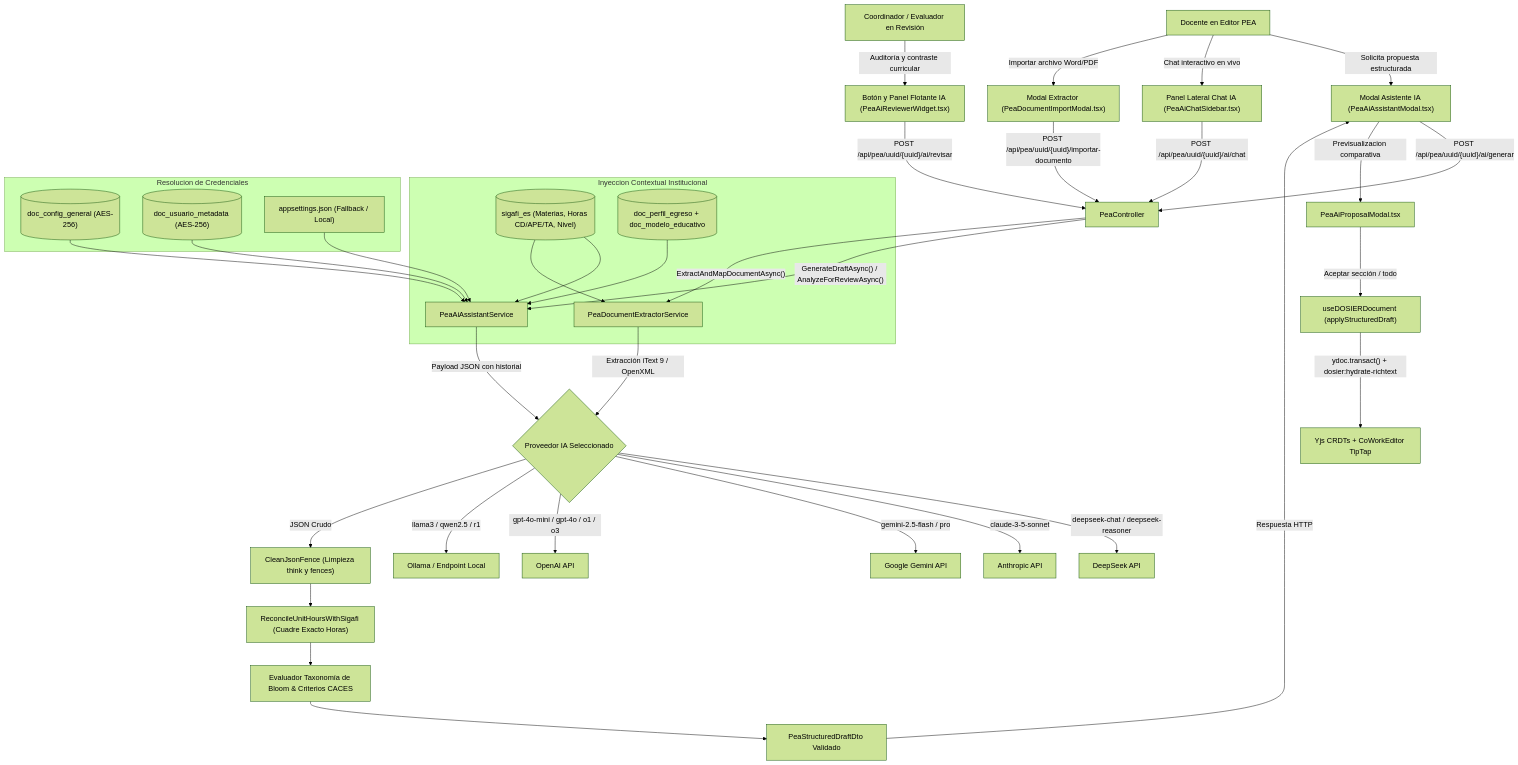
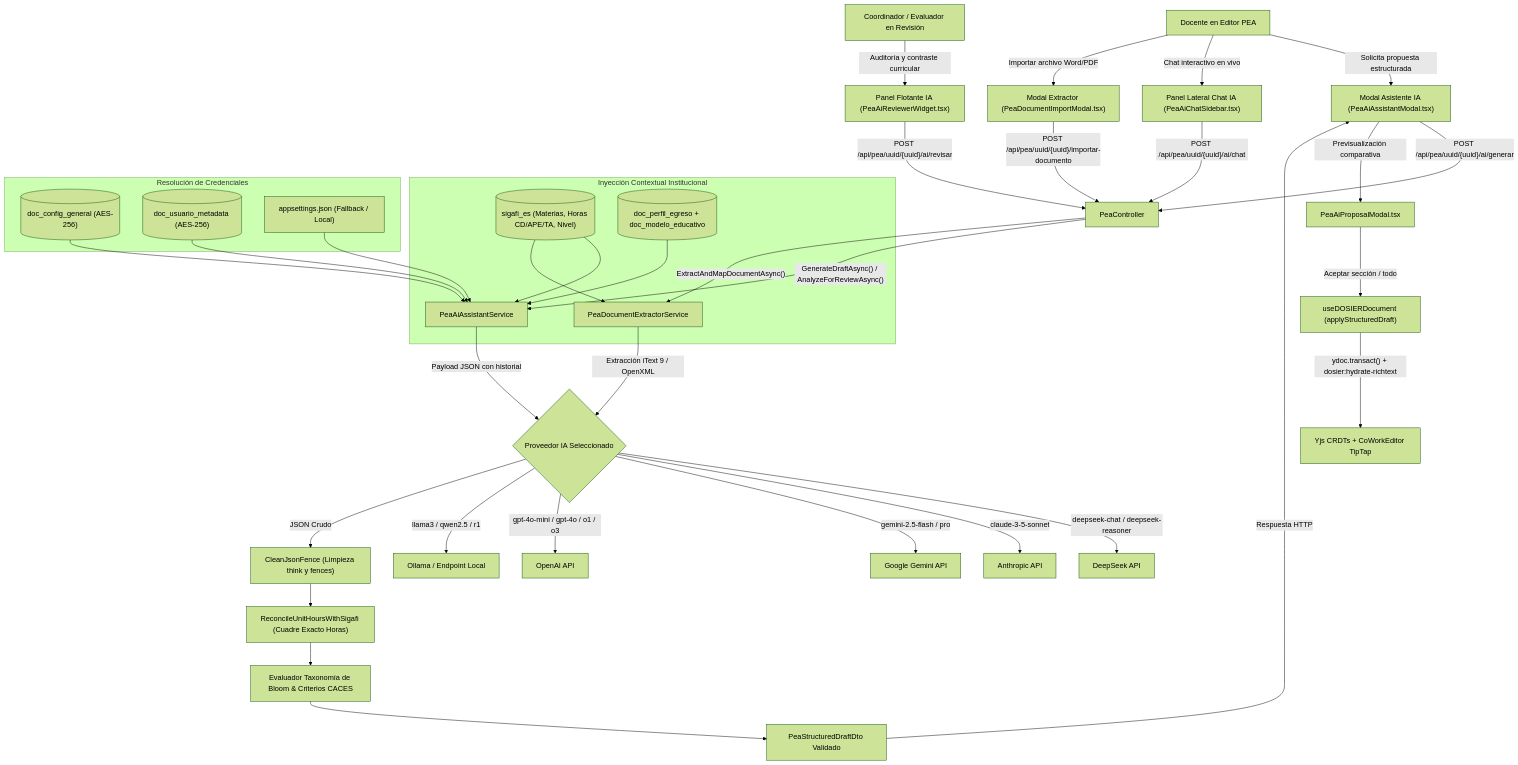
One commit to JorgeDoicela/dosier changed the diagram in docs/documentacion/03-motores-especializados/06-motor-asistente-curricular-ia.md. Above: the diagram before and after it, drawn with Mermaid (forest theme). The commit also changed other lines of this file and 35 other files, not shown here.

````diff
--- a/docs/documentacion/03-motores-especializados/06-motor-asistente-curricular-ia.md
+++ b/docs/documentacion/03-motores-especializados/06-motor-asistente-curricular-ia.md
@@ -9,45 +9,45 @@
 ```mermaid
 flowchart TD
     Docente["Docente en Editor PEA"] -->|"Solicita propuesta estructurada"| UI["Modal Asistente IA (PeaAiAssistantModal.tsx)"]
     Docente -->|"Chat interactivo en vivo"| ChatUI["Panel Lateral Chat IA (PeaAiChatSidebar.tsx)"]
     Docente -->|"Importar archivo Word/PDF"| ImportUI["Modal Extractor (PeaDocumentImportModal.tsx)"]
-    Revisor["Coordinador / Evaluador en Revisión"] -->|"Auditoría y contraste curricular"| ReviewUI[" Botón y Panel Flotante IA (PeaAiReviewerWidget.tsx)"]
+    Revisor["Coordinador / Evaluador en Revisión"] -->|"Auditoría y contraste curricular"| ReviewUI["Panel Flotante IA (PeaAiReviewerWidget.tsx)"]
 
     UI -->|"POST /api/pea/uuid/{uuid}/ai/generar"| Controller["PeaController"]
     ChatUI -->|"POST /api/pea/uuid/{uuid}/ai/chat"| Controller
     ReviewUI -->|"POST /api/pea/uuid/{uuid}/ai/revisar"| Controller
     ImportUI -->|"POST /api/pea/uuid/{uuid}/importar-documento"| Controller
 
     Controller -->|"GenerateDraftAsync() / AnalyzeForReviewAsync()"| AIService["PeaAiAssistantService"]
     Controller -->|"ExtractAndMapDocumentAsync()"| ExtractorService["PeaDocumentExtractorService"]
 
-    subgraph ContextoAcademico ["Inyeccion Contextual Institucional"]
+    subgraph ContextoAcademico["Inyección Contextual Institucional"]
         DB_SIGAFI[("sigafi_es (Materias, Horas CD/APE/TA, Nivel)")] --> AIService
         DB_SIGAFI --> ExtractorService
         DB_DOSIER[("doc_perfil_egreso + doc_modelo_educativo")] --> AIService
     end
 
-    subgraph BovedaCriptografica ["Resolucion de Credenciales"]
+    subgraph BovedaCriptografica["Resolución de Credenciales"]
         ConfigGlobal[("doc_config_general (AES-256)")] --> AIService
         ConfigUser[("doc_usuario_metadata (AES-256)")] --> AIService
         AppSettings["appsettings.json (Fallback / Local)"] --> AIService
     end
 
     AIService -->|"Payload JSON con historial"| LLM{"Proveedor IA Seleccionado"}
     ExtractorService -->|"Extracción iText 9 / OpenXML"| LLM
 
     LLM -->|"deepseek-chat / deepseek-reasoner"| DeepSeek["DeepSeek API"]
     LLM -->|"claude-3-5-sonnet"| Anthropic["Anthropic API"]
     LLM -->|"gemini-2.5-flash / pro"| Gemini["Google Gemini API"]
     LLM -->|"gpt-4o-mini / gpt-4o / o1 / o3"| OpenAI["OpenAI API"]
     LLM -->|"llama3 / qwen2.5 / r1"| Ollama["Ollama / Endpoint Local"]
 
     LLM -->|"JSON Crudo"| Clean["CleanJsonFence (Limpieza think y fences)"]
     Clean --> Reconcile["ReconcileUnitHoursWithSigafi (Cuadre Exacto Horas)"]
     Reconcile --> Bloom["Evaluador Taxonomía de Bloom & Criterios CACES"]
     Bloom --> DTO["PeaStructuredDraftDto Validado"]
     DTO -->|"Respuesta HTTP"| UI
-    UI -->|"Previsualizacion comparativa"| ProposalModal["PeaAiProposalModal.tsx"]
+    UI -->|"Previsualización comparativa"| ProposalModal["PeaAiProposalModal.tsx"]
     ProposalModal -->|"Aceptar sección / todo"| Hydrate["useDOSIERDocument (applyStructuredDraft)"]
     Hydrate -->|"ydoc.transact() + dosier:hydrate-richtext"| Yjs["Yjs CRDTs + CoWorkEditor TipTap"]
 ```
````
